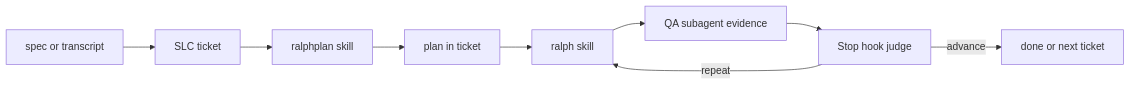
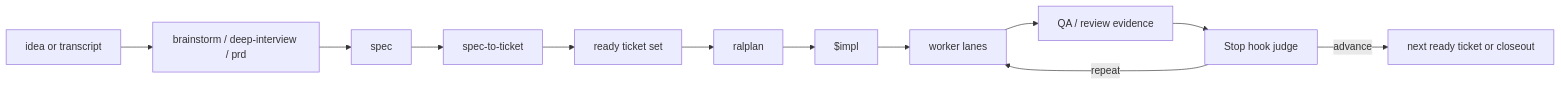
One commit to ZanarkandTechnologies/Farplane changed the first of 6 diagrams in README.md. Above: the diagram before and after it, drawn with Mermaid. The commit also changed other lines of this file and 78 other files, not shown here.

````diff
--- a/README.md
+++ b/README.md
@@ -17,11 +21,14 @@
 ```mermaid
 flowchart LR
-    A[spec or transcript] --> B[SLC ticket]
-    B --> C[ralphplan skill]
-    C --> D[plan in ticket]
-    D --> E[ralph skill]
-    E --> F[QA subagent evidence]
-    F --> G[Stop hook judge]
-    G -->|repeat| E
-    G -->|advance| H[done or next ticket]
+    A[idea or transcript] --> B[brainstorm / deep-interview / prd]
+    B --> C[spec]
+    C --> D[spec-to-ticket]
+    D --> E[ready ticket set]
+    E --> F[ralplan]
+    F --> G[$impl]
+    G --> H[worker lanes]
+    H --> I[QA / review evidence]
+    I --> J[Stop hook judge]
+    J -->|repeat| H
+    J -->|advance| K[next ready ticket or closeout]
 ```
````
